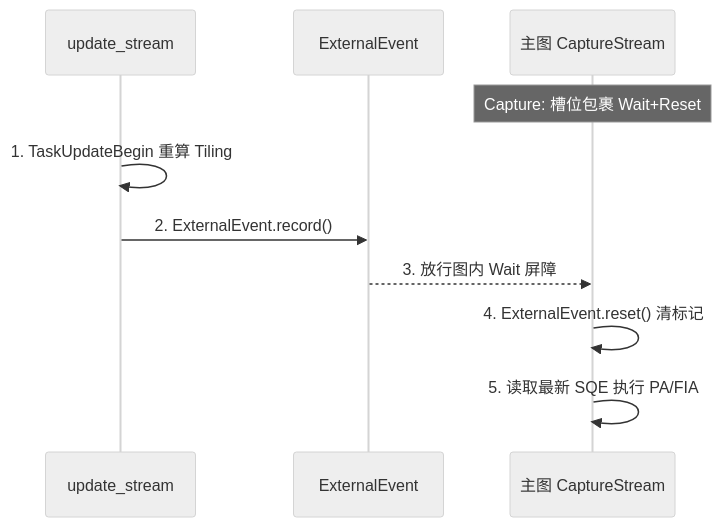
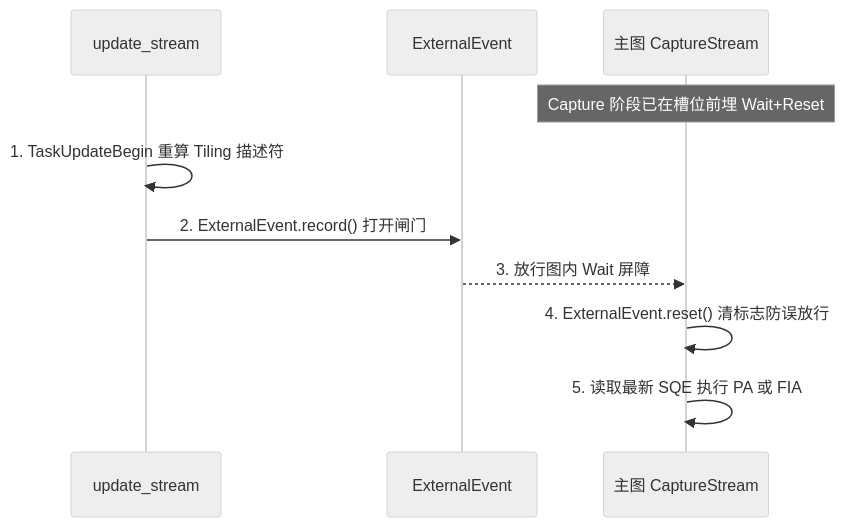
Before and after one commit to xingcanlee/infra-note: the first of 3 diagrams in src/content/posts/aclgraph/05-acl-graph-task-update-and-conditional-subgraph/index.mdx, drawn with Mermaid (neutral theme). The commit also changed other lines of this file and 57 other files, not shown here.

Commit message:
feat(mhc,aclgraph): rewrite 08-mhc and aclgraph series with modular explainers, diagrams, and paper/blog references

````diff
--- a/src/content/posts/aclgraph/05-acl-graph-task-update-and-conditional-subgraph/index.mdx
+++ b/src/content/posts/aclgraph/05-acl-graph-task-update-and-conditional-subgraph/index.mdx
@@ -69,12 +49,12 @@
-```mermaid caption="图 3：update_stream 与主图通过 ExternalEvent 同步防踩踏时序"
+```mermaid caption="图 2：update_stream 与主图通过 ExternalEvent Wait+Reset 协同防踩踏时序"
 sequenceDiagram
     participant U as update_stream
     participant E as ExternalEvent
     participant M as 主图 CaptureStream
-    Note over M: Capture: 槽位包裹 Wait+Reset
-    U->>U: 1. TaskUpdateBegin 重算 Tiling
-    U->>E: 2. ExternalEvent.record()
+    Note over M: Capture 阶段已在槽位前埋 Wait+Reset
+    U->>U: 1. TaskUpdateBegin 重算 Tiling 描述符
+    U->>E: 2. ExternalEvent.record() 打开闸门
     E-->>M: 3. 放行图内 Wait 屏障
-    M->>M: 4. ExternalEvent.reset() 清标记
-    M->>M: 5. 读取最新 SQE 执行 PA/FIA
+    M->>M: 4. ExternalEvent.reset() 清标志防误放行
+    M->>M: 5. 读取最新 SQE 执行 PA 或 FIA
 ```
````
